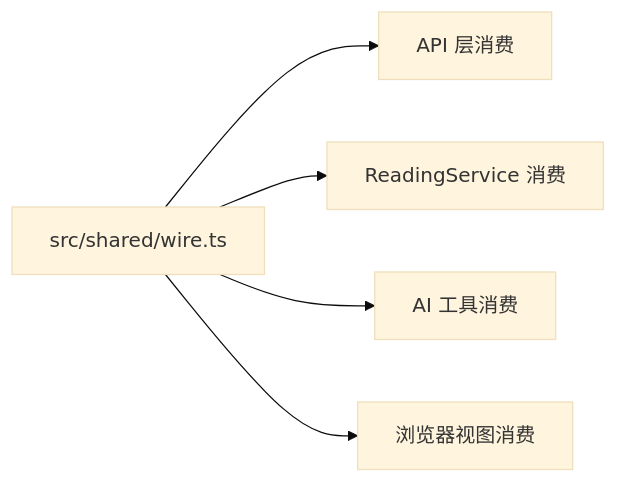
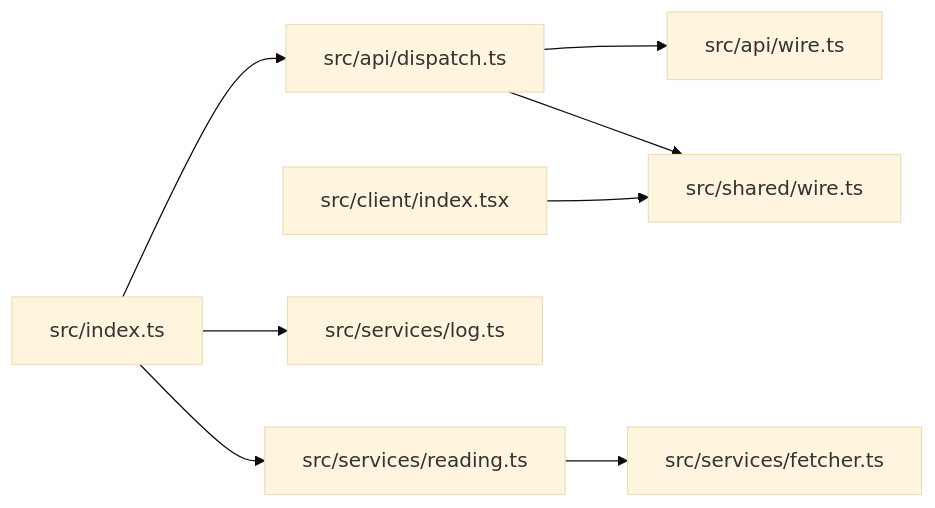
One commit to xrn1997/dsh-novel changed the eighth of 9 diagrams in .qoder/repowiki/zh/content/架构总览.md. Above: the diagram before and after it, drawn with Mermaid (base theme). The commit also changed other lines of this file and 73 other files, not shown here.

````diff
--- a/.qoder/repowiki/zh/content/架构总览.md
+++ b/.qoder/repowiki/zh/content/架构总览.md
@@ -286,7 +303,10 @@
 ```mermaid
-flowchart LR
-  Wire["src/shared/wire.ts"] --> Api["API 层消费"]
-  Wire --> Service["ReadingService 消费"]
-  Wire --> Tools["AI 工具消费"]
-  Wire --> Client["浏览器视图消费"]
+graph LR
+  Index["src/index.ts"] --> Dispatch["src/api/dispatch.ts"]
+  Index --> Reading["src/services/reading.ts"]
+  Index --> Log["src/services/log.ts"]
+  Dispatch --> ApiWire["src/api/wire.ts"]
+  Dispatch --> SharedWire["src/shared/wire.ts"]
+  Reading --> Fetcher["src/services/fetcher.ts"]
+  Client["src/client/index.tsx"] --> SharedWire
 ```
````
